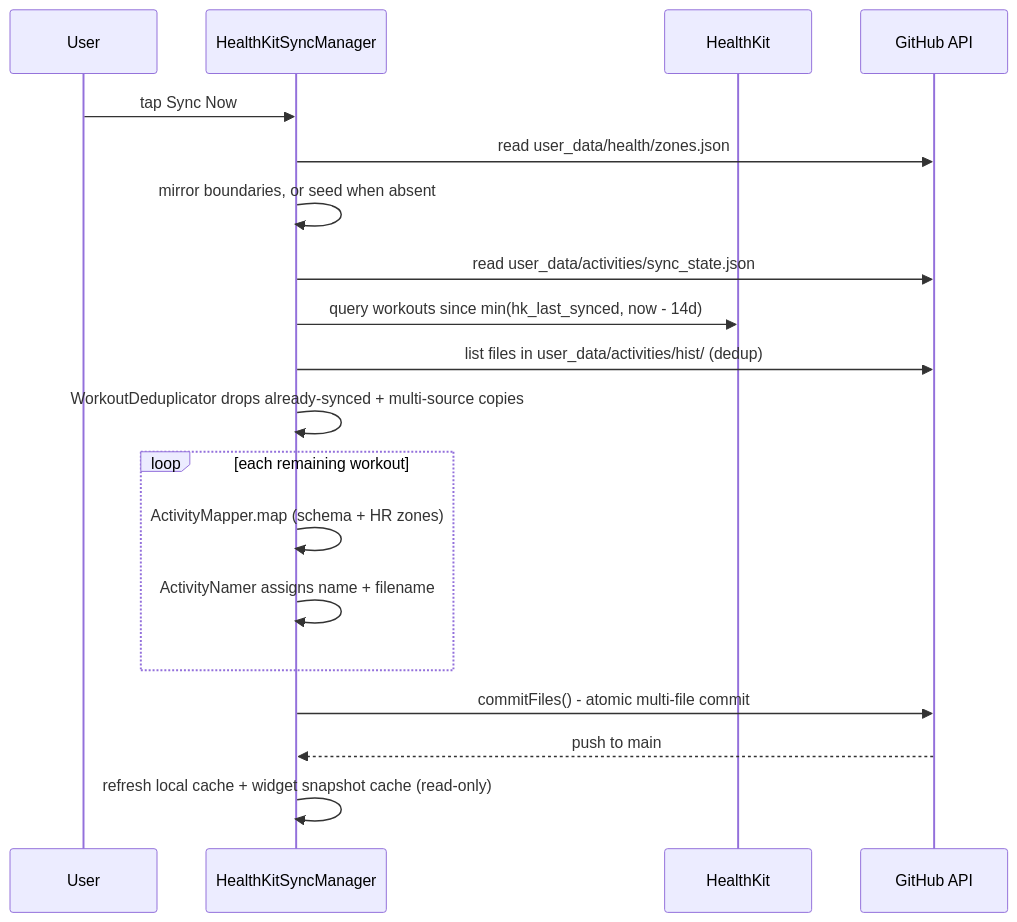
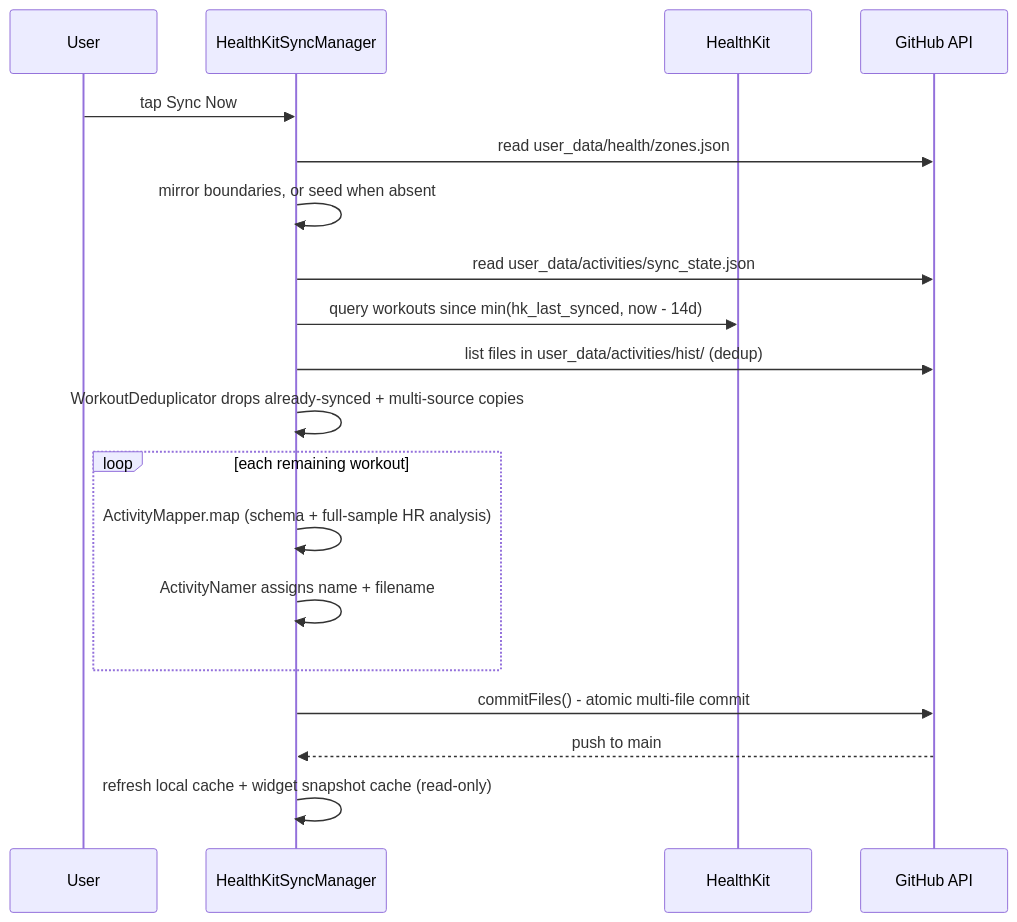
One commit to sibling-shipyard/coach-hq changed the second of 2 diagrams in docs/eng-docs/ios-sync.md. Above: the diagram before and after it, drawn with Mermaid. The commit also changed other lines of this file and 6 other files, not shown here.

````diff
--- a/docs/eng-docs/ios-sync.md
+++ b/docs/eng-docs/ios-sync.md
@@ -43,21 +43,21 @@
 ```mermaid
 sequenceDiagram
     participant U as User
     participant M as HealthKitSyncManager
     participant HK as HealthKit
     participant GH as GitHub API
     U->>M: tap Sync Now
     M->>GH: read user_data/health/zones.json
     M->>M: mirror boundaries, or seed when absent
     M->>GH: read user_data/activities/sync_state.json
     M->>HK: query workouts since min(hk_last_synced, now - 14d)
     M->>GH: list files in user_data/activities/hist/ (dedup)
     M->>M: WorkoutDeduplicator drops already-synced + multi-source copies
     loop each remaining workout
-        M->>M: ActivityMapper.map (schema + HR zones)
+        M->>M: ActivityMapper.map (schema + full-sample HR analysis)
         M->>M: ActivityNamer assigns name + filename
     end
     M->>GH: commitFiles() - atomic multi-file commit
     GH-->>M: push to main
     M->>M: refresh local cache + widget snapshot cache (read-only)
 ```
````
